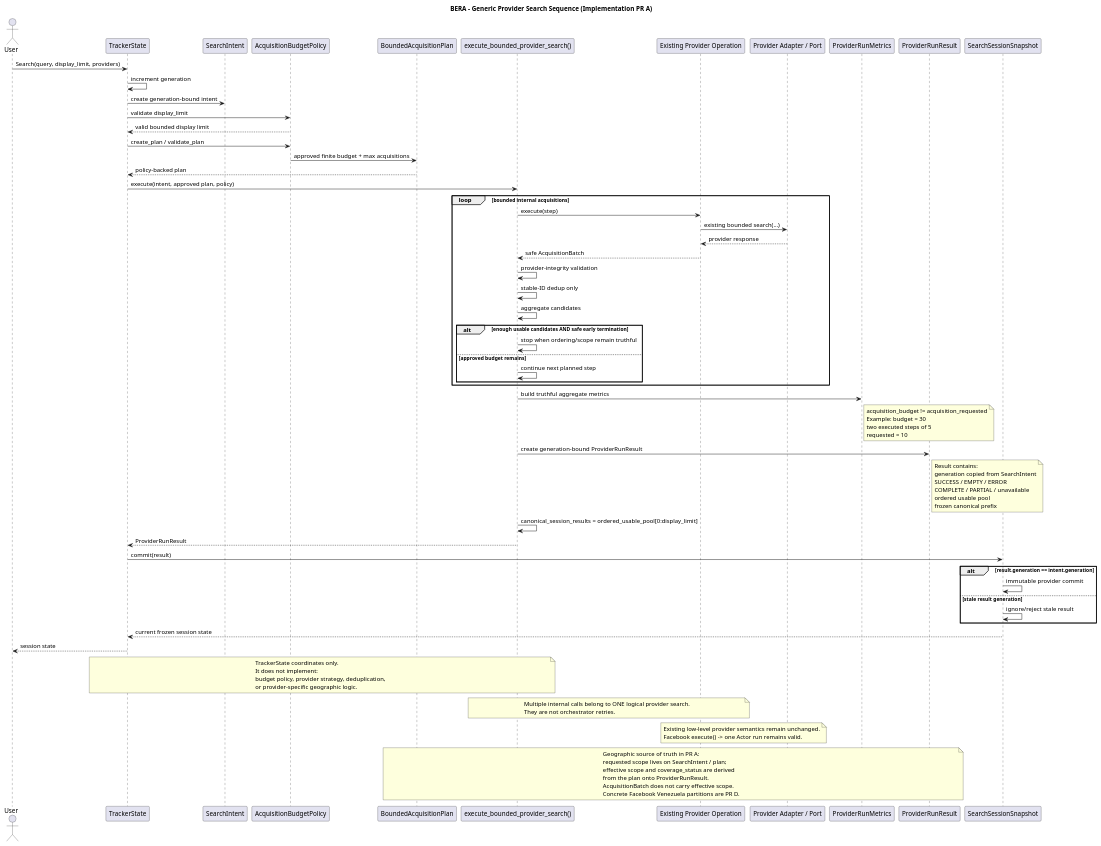
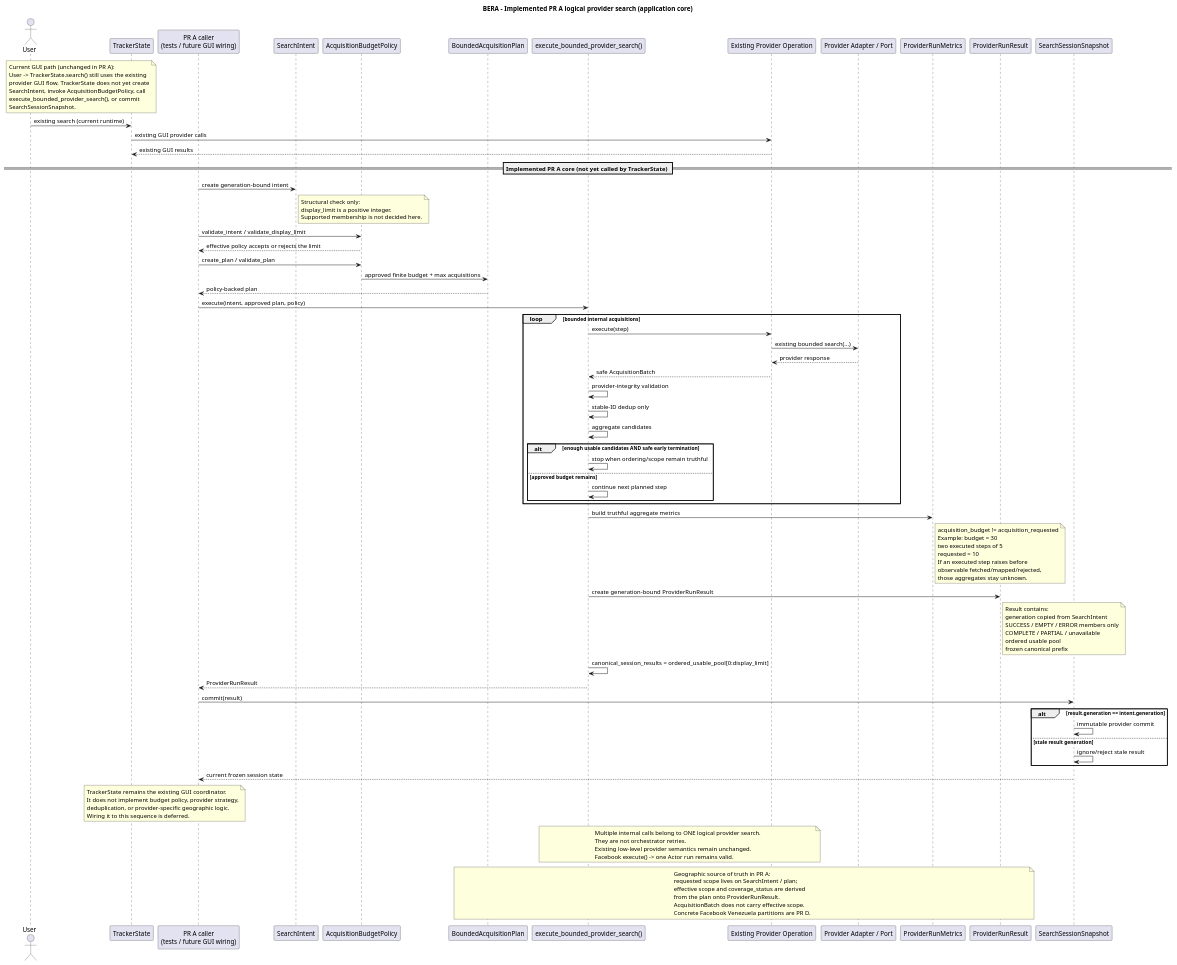
One commit to davidgonza44/Scraper changed the diagram in docs/architecture/multi-market-search-sequence.puml. Above: the diagram before and after it, drawn with PlantUML. The commit also changed 2 other files, not shown here.

Commit message:
docs: distinguish implemented PR A core from deferred TrackerState wiring
Show TrackerState's existing GUI path as current runtime behavior and
keep SearchIntent/policy/execute/commit edges dashed until they are
actually wired.

```diff
--- a/docs/architecture/multi-market-search-sequence.puml
+++ b/docs/architecture/multi-market-search-sequence.puml
@@ -1,94 +1,112 @@
 @startuml
-title BERA - Generic Provider Search Sequence (Implementation PR A)
+title BERA - Implemented PR A logical provider search (application core)
 
 actor User
 participant TrackerState
+participant "PR A caller\n(tests / future GUI wiring)" as Caller
 participant SearchIntent
 participant AcquisitionBudgetPolicy as Policy
 participant BoundedAcquisitionPlan as Plan
 participant "execute_bounded_provider_search()" as LogicalSearch
 participant "Existing Provider Operation" as ProviderOperation
 participant "Provider Adapter / Port" as Provider
 participant ProviderRunMetrics as Metrics
 participant ProviderRunResult as Result
 participant SearchSessionSnapshot as Snapshot
 
-User -> TrackerState : Search(query, display_limit, providers)
-TrackerState -> TrackerState : increment generation
-TrackerState -> SearchIntent : create generation-bound intent
-TrackerState -> Policy : validate display_limit
-Policy --> TrackerState : valid bounded display limit
-TrackerState -> Policy : create_plan / validate_plan
+note over User, TrackerState
+  Current GUI path (unchanged in PR A):
+  User -> TrackerState.search() still uses the existing
+  provider GUI flow. TrackerState does not yet create
+  SearchIntent, invoke AcquisitionBudgetPolicy, call
+  execute_bounded_provider_search(), or commit
+  SearchSessionSnapshot.
+end note
+
+User -> TrackerState : existing search (current runtime)
+TrackerState -> ProviderOperation : existing GUI provider calls
+ProviderOperation --> TrackerState : existing GUI results
+
+== Implemented PR A core (not yet called by TrackerState) ==
+
+Caller -> SearchIntent : create generation-bound intent
+note right of SearchIntent
+  Structural check only:
+  display_limit is a positive integer.
+  Supported membership is not decided here.
+end note
+Caller -> Policy : validate_intent / validate_display_limit
+Policy --> Caller : effective policy accepts or rejects the limit
+Caller -> Policy : create_plan / validate_plan
 Policy -> Plan : approved finite budget + max acquisitions
-Plan --> TrackerState : policy-backed plan
-TrackerState -> LogicalSearch : execute(intent, approved plan, policy)
+Plan --> Caller : policy-backed plan
+Caller -> LogicalSearch : execute(intent, approved plan, policy)
 
 loop bounded internal acquisitions
   LogicalSearch -> ProviderOperation : execute(step)
   ProviderOperation -> Provider : existing bounded search(...)
   Provider --> ProviderOperation : provider response
   ProviderOperation --> LogicalSearch : safe AcquisitionBatch
   LogicalSearch -> LogicalSearch : provider-integrity validation
   LogicalSearch -> LogicalSearch : stable-ID dedup only
   LogicalSearch -> LogicalSearch : aggregate candidates
   alt enough usable candidates AND safe early termination
     LogicalSearch -> LogicalSearch : stop when ordering/scope remain truthful
   else approved budget remains
     LogicalSearch -> LogicalSearch : continue next planned step
   end
 end
 
 LogicalSearch -> Metrics : build truthful aggregate metrics
 note right of Metrics
   acquisition_budget != acquisition_requested
   Example: budget = 30
   two executed steps of 5
   requested = 10
+  If an executed step raises before
+  observable fetched/mapped/rejected,
+  those aggregates stay unknown.
 end note
 
 LogicalSearch -> Result : create generation-bound ProviderRunResult
 note right of Result
   Result contains:
   generation copied from SearchIntent
-  SUCCESS / EMPTY / ERROR
+  SUCCESS / EMPTY / ERROR members only
   COMPLETE / PARTIAL / unavailable
   ordered usable pool
   frozen canonical prefix
 end note
 LogicalSearch -> LogicalSearch : canonical_session_results = ordered_usable_pool[0:display_limit]
-LogicalSearch --> TrackerState : ProviderRunResult
-TrackerState -> Snapshot : commit(result)
+LogicalSearch --> Caller : ProviderRunResult
+Caller -> Snapshot : commit(result)
 alt result.generation == intent.generation
   Snapshot -> Snapshot : immutable provider commit
 else stale result generation
   Snapshot -> Snapshot : ignore/reject stale result
 end
-Snapshot --> TrackerState : current frozen session state
-TrackerState --> User : session state
+Snapshot --> Caller : current frozen session state
 
-note over TrackerState,LogicalSearch
-  TrackerState coordinates only.
-  It does not implement:
-  budget policy, provider strategy, deduplication,
-  or provider-specific geographic logic.
+note over TrackerState, Caller
+  TrackerState remains the existing GUI coordinator.
+  It does not implement budget policy, provider strategy,
+  deduplication, or provider-specific geographic logic.
+  Wiring it to this sequence is deferred.
 end note
 
-note over LogicalSearch,ProviderOperation
+note over LogicalSearch, ProviderOperation
   Multiple internal calls belong to ONE logical provider search.
   They are not orchestrator retries.
-end note
-
-note over ProviderOperation,Provider
   Existing low-level provider semantics remain unchanged.
   Facebook execute() -> one Actor run remains valid.
 end note
 
-note over Plan,Result
+note over Plan, Result
   Geographic source of truth in PR A:
   requested scope lives on SearchIntent / plan;
   effective scope and coverage_status are derived
   from the plan onto ProviderRunResult.
   AcquisitionBatch does not carry effective scope.
   Concrete Facebook Venezuela partitions are PR D.
 end note
 @enduml
```
